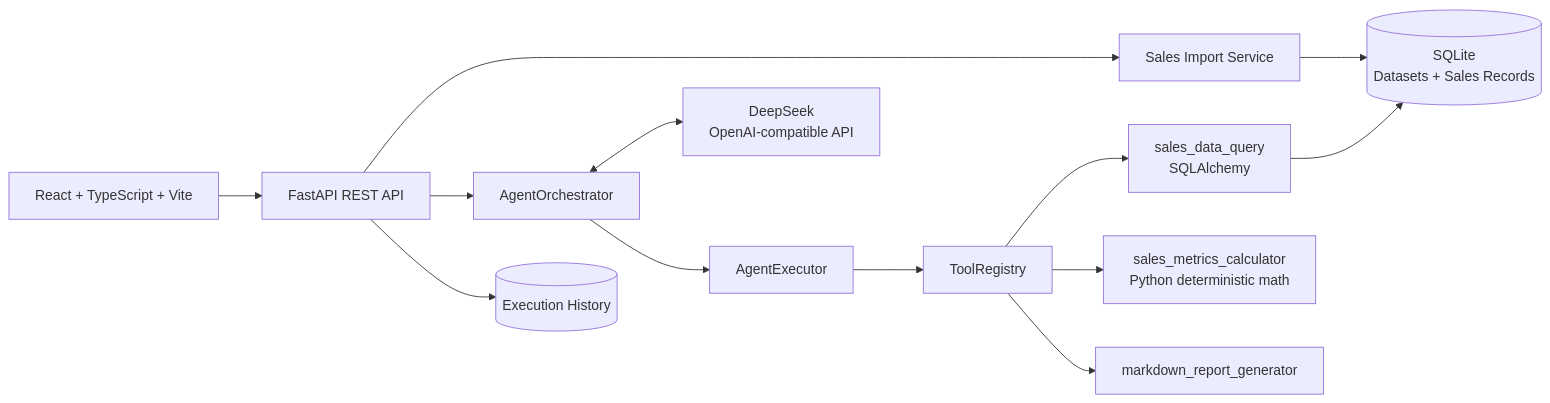
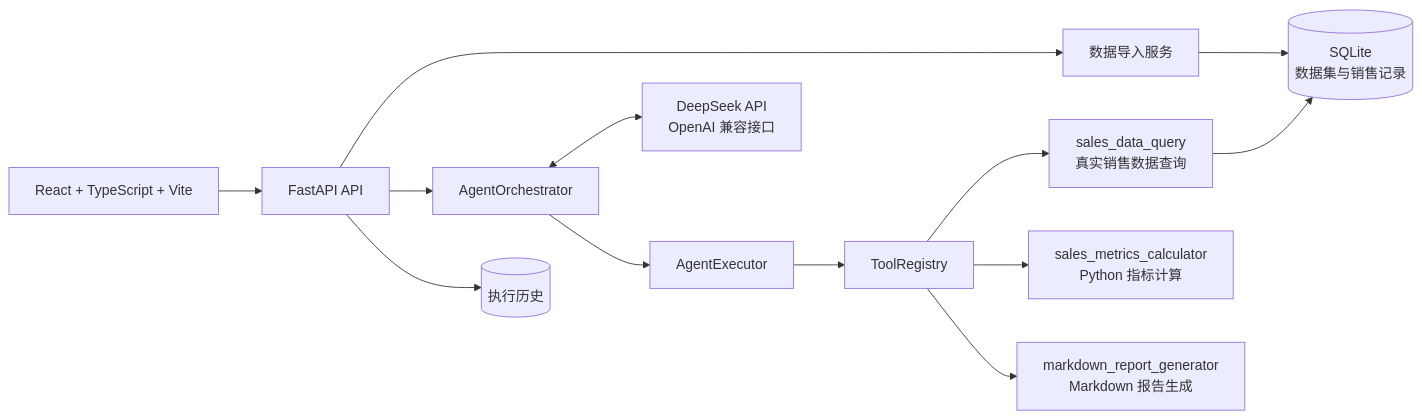
One commit to FaustQAQ/AgentFlow changed the second of 2 diagrams in README.md. Above: the diagram before and after it, drawn with Mermaid. The commit also changed other lines of this file, not shown here.

````diff
--- a/README.md
+++ b/README.md
@@ -36,15 +44,15 @@
 ```mermaid
 flowchart LR
-    UI[React + TypeScript + Vite] --> API[FastAPI REST API]
-    API --> Import[Sales Import Service]
-    Import --> DB[(SQLite<br/>Datasets + Sales Records)]
-    API --> Orch[AgentOrchestrator]
-    Orch <--> DS[DeepSeek<br/>OpenAI-compatible API]
-    Orch --> Exec[AgentExecutor]
-    Exec --> Registry[ToolRegistry]
-    Registry --> Query[sales_data_query<br/>SQLAlchemy]
-    Registry --> Metrics[sales_metrics_calculator<br/>Python deterministic math]
-    Registry --> Report[markdown_report_generator]
-    Query --> DB
-    API --> History[(Execution History)]
+    UI[React + TypeScript + Vite] --> API[FastAPI API]
+    API --> IMPORT[数据导入服务]
+    IMPORT --> DB[(SQLite<br/>数据集与销售记录)]
+    API --> ORCH[AgentOrchestrator]
+    ORCH <--> LLM[DeepSeek API<br/>OpenAI 兼容接口]
+    ORCH --> EXEC[AgentExecutor]
+    EXEC --> REG[ToolRegistry]
+    REG --> QUERY[sales_data_query<br/>真实销售数据查询]
+    REG --> METRICS[sales_metrics_calculator<br/>Python 指标计算]
+    REG --> REPORT[markdown_report_generator<br/>Markdown 报告生成]
+    QUERY --> DB
+    API --> HISTORY[(执行历史)]
 ```
````
